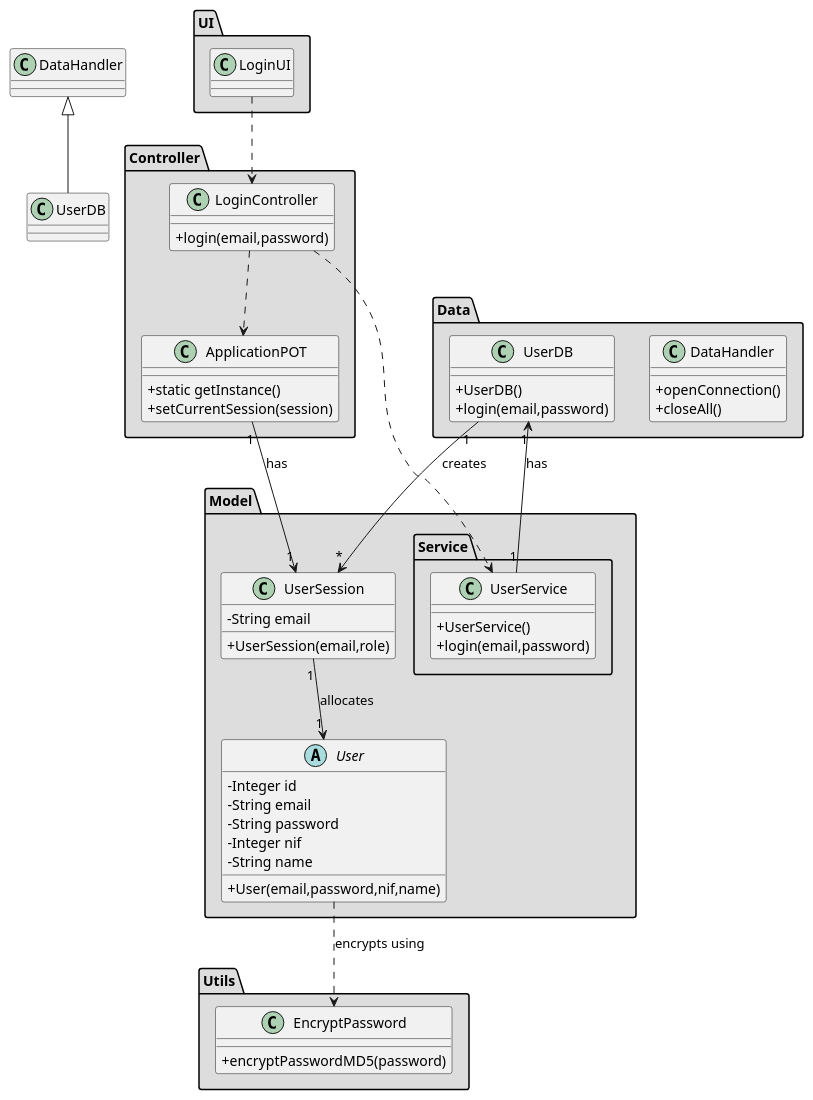
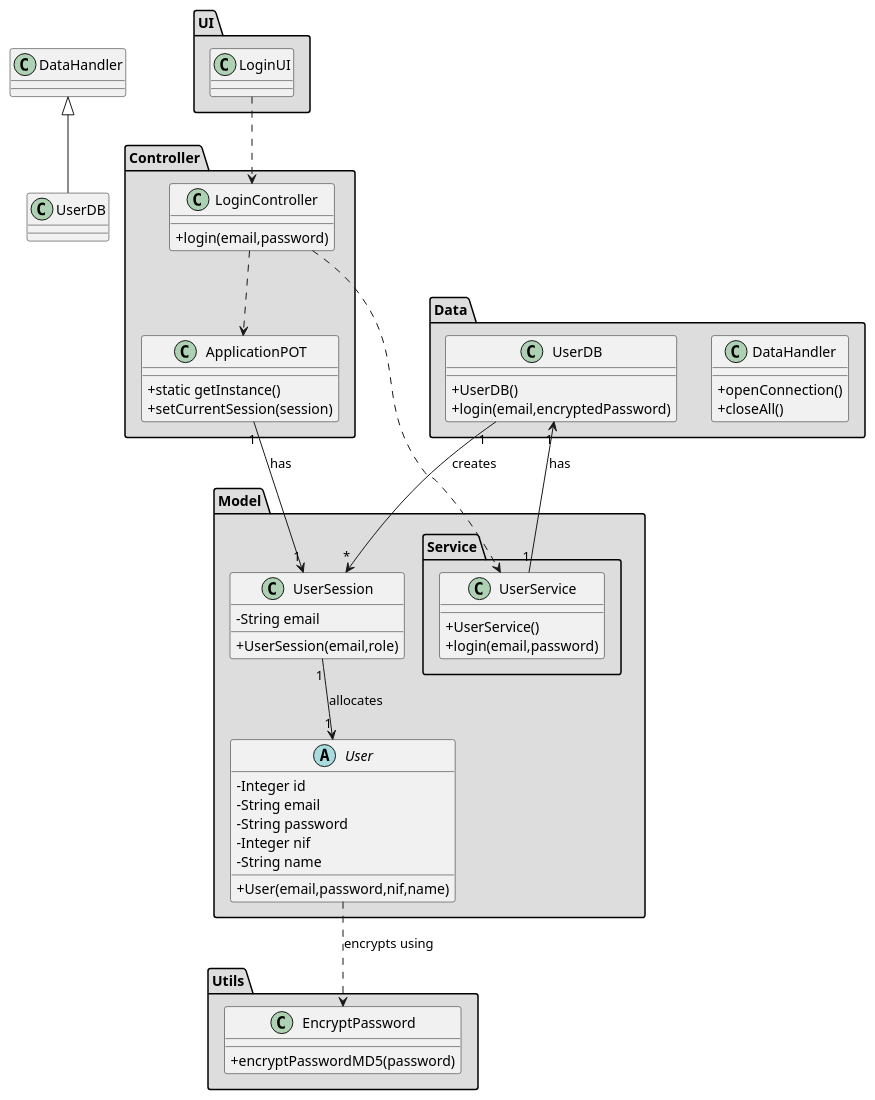
One commit to tiagoavcosta25/LAPR3 changed the diagram in docs/Iteration 2/User Management/Refinement/US67_Login/US67_CD.puml. Above: the diagram before and after it, drawn with PlantUML. The commit also changed 17 other files, not shown here.

```diff
--- a/docs/Iteration 2/User Management/Refinement/US67_Login/US67_CD.puml
+++ b/docs/Iteration 2/User Management/Refinement/US67_Login/US67_CD.puml
@@ -1,95 +1,95 @@
 @startuml
 skinparam classAttributeIconSize 0
 
 
 package "Controller" #DDDDDD {
 class ApplicationPOT
 {
   +static getInstance()
   +setCurrentSession(session)
 }
 }
 
 
 package "UI" #DDDDDD {
 class LoginUI{
 
 }
 }
 
 
 package "Controller" #DDDDDD {
 class LoginController{
 +login(email,password)
 }
 }
 
 
 
 
 
 
 package "Model" #DDDDDD {
 abstract class User{
 -Integer id
 -String email
 -String password
 -Integer nif
 -String name
 +User(email,password,nif,name)
 }
 
 package "Service" #DDDDDD {
 
 class UserService {
 +UserService()
 +login(email,password)
 }
 
 }
 
 class UserSession{
 -String email
 +UserSession(email,role)
 }
 
 
 
 
 }
 
 
 package "Data" #DDDDDD {
 class DataHandler{
 +openConnection()
 +closeAll()
 }
 
  class UserDB{
  +UserDB()
- +login(email,password)
+ +login(email,encryptedPassword)
  }
 
 }
 
 package "Utils" #DDDDDD {
 class EncryptPassword {
 +encryptPasswordMD5(password)
 }
 
 }
 
 
 
 
 LoginUI ..> LoginController
 LoginController ..> ApplicationPOT
 LoginController ..> UserService
 UserService "1" --> "1" UserDB : has
 UserDB "1" --> "*" UserSession : creates
 class UserDB extends DataHandler
 ApplicationPOT "1" --> "1" UserSession : has
 UserSession "1" --> "1" User : allocates
 User ..> EncryptPassword : encrypts using
 
 @enduml
```
